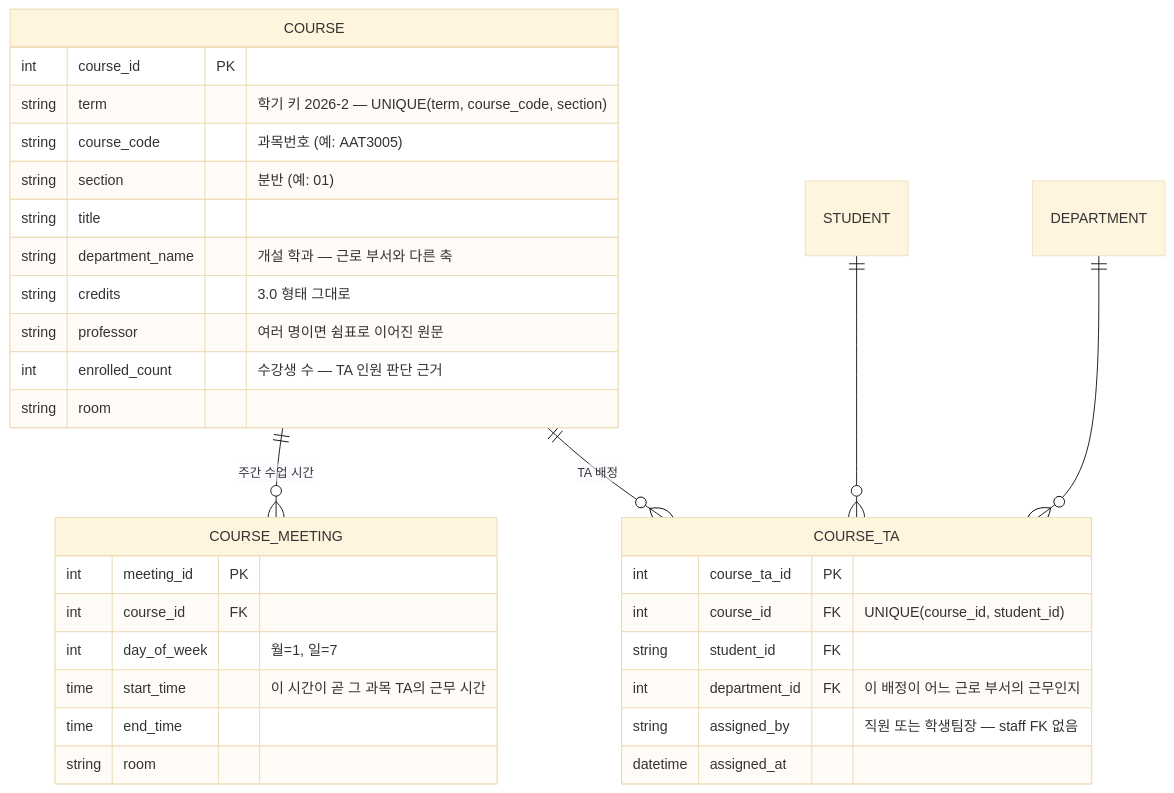
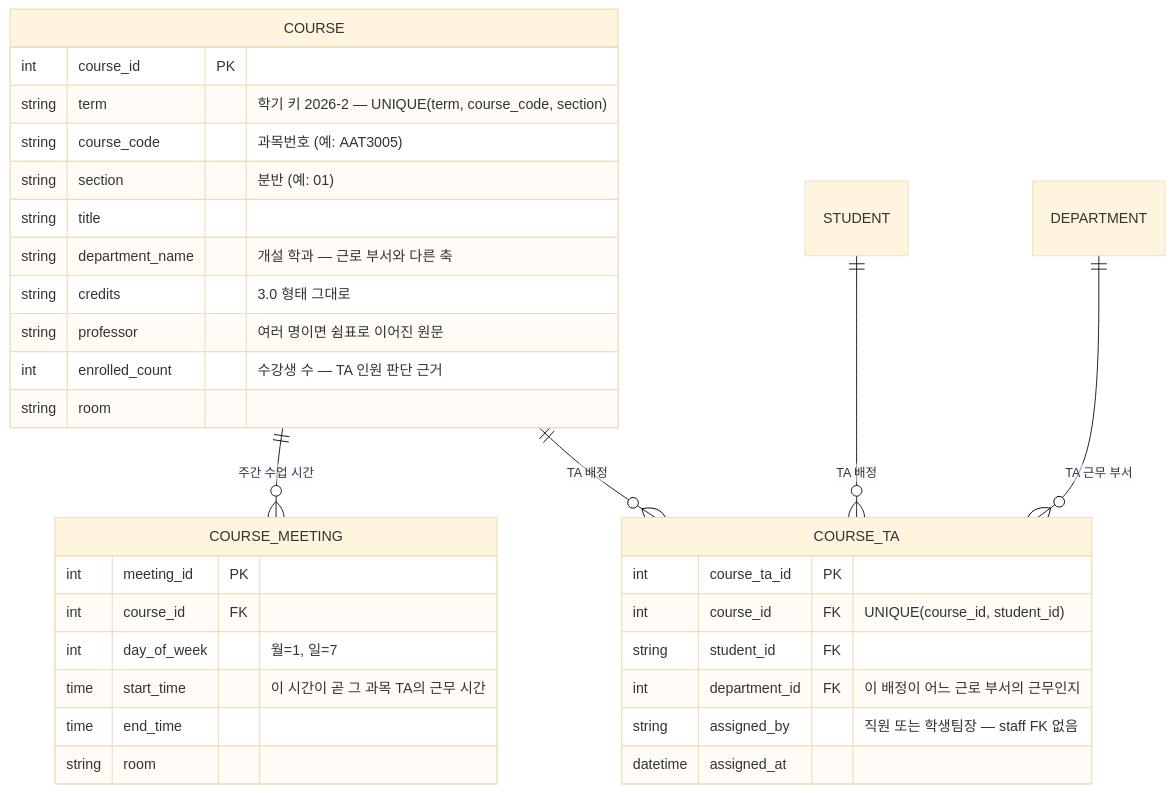
The seventh of 7 diagrams in docs/ERD.md (sg-beaver/stream), drawn with Mermaid (base theme) before and after one commit. The commit also changed other lines of this file, not shown here.

Commit message:
docs(docs): ERD 도메인 다이어그램의 빈 관계 레이블 정리

````diff
--- a/docs/ERD.md
+++ b/docs/ERD.md
@@ -361,36 +361,36 @@
 ```mermaid
 erDiagram
     COURSE ||--o{ COURSE_MEETING : "주간 수업 시간"
     COURSE ||--o{ COURSE_TA : "TA 배정"
-    STUDENT ||--o{ COURSE_TA : ""
-    DEPARTMENT ||--o{ COURSE_TA : ""
+    STUDENT ||--o{ COURSE_TA : "TA 배정"
+    DEPARTMENT ||--o{ COURSE_TA : "TA 근무 부서"
 
     COURSE {
         int course_id PK
         string term "학기 키 2026-2 — UNIQUE(term, course_code, section)"
         string course_code "과목번호 (예: AAT3005)"
         string section "분반 (예: 01)"
         string title
         string department_name "개설 학과 — 근로 부서와 다른 축"
         string credits "3.0 형태 그대로"
         string professor "여러 명이면 쉼표로 이어진 원문"
         int enrolled_count "수강생 수 — TA 인원 판단 근거"
         string room
     }
     COURSE_MEETING {
         int meeting_id PK
         int course_id FK
         int day_of_week "월=1, 일=7"
         time start_time "이 시간이 곧 그 과목 TA의 근무 시간"
         time end_time
         string room
     }
     COURSE_TA {
         int course_ta_id PK
         int course_id FK "UNIQUE(course_id, student_id)"
         string student_id FK
         int department_id FK "이 배정이 어느 근로 부서의 근무인지"
         string assigned_by "직원 또는 학생팀장 — staff FK 없음"
         datetime assigned_at
     }
 ```
````
